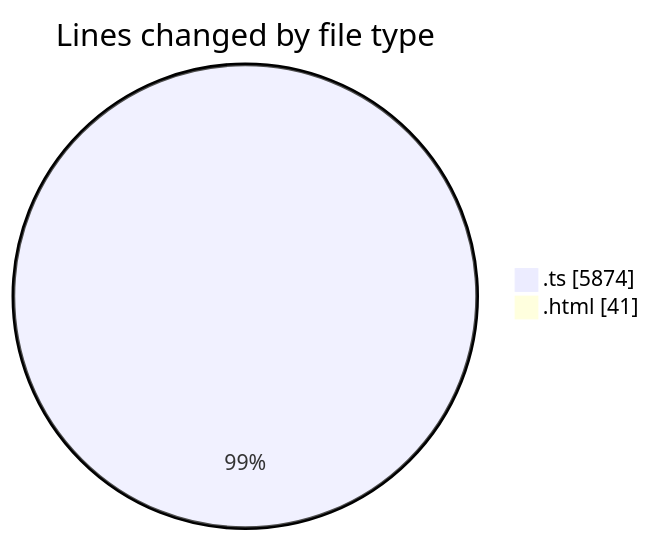
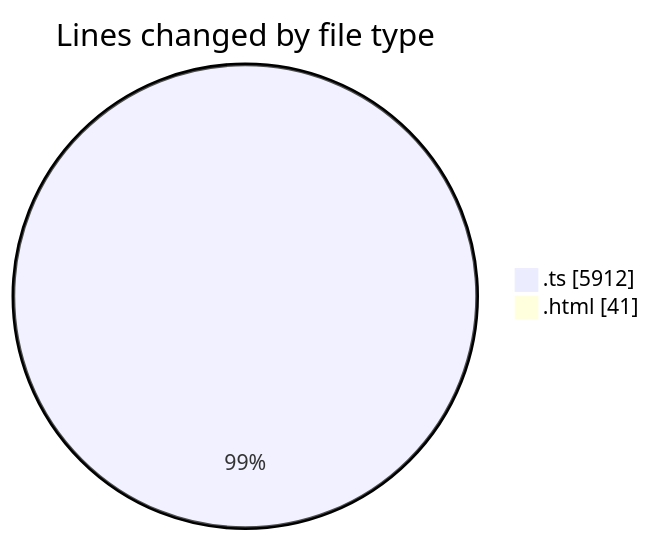
One commit to tmsrecording-cyber/code-tracking changed the first of 2 diagrams in 2026-02-08/singularitybrainai/README.md. Above: the diagram before and after it, drawn with Mermaid. The commit also changed other lines of this file and 1 other file, not shown here.

````diff
--- a/2026-02-08/singularitybrainai/README.md
+++ b/2026-02-08/singularitybrainai/README.md
@@ -27,6 +27,6 @@
 ```mermaid
 pie showData
 title Lines changed by file type
-".ts" : 5874
+".ts" : 5912
 ".html" : 41
 ```
````
